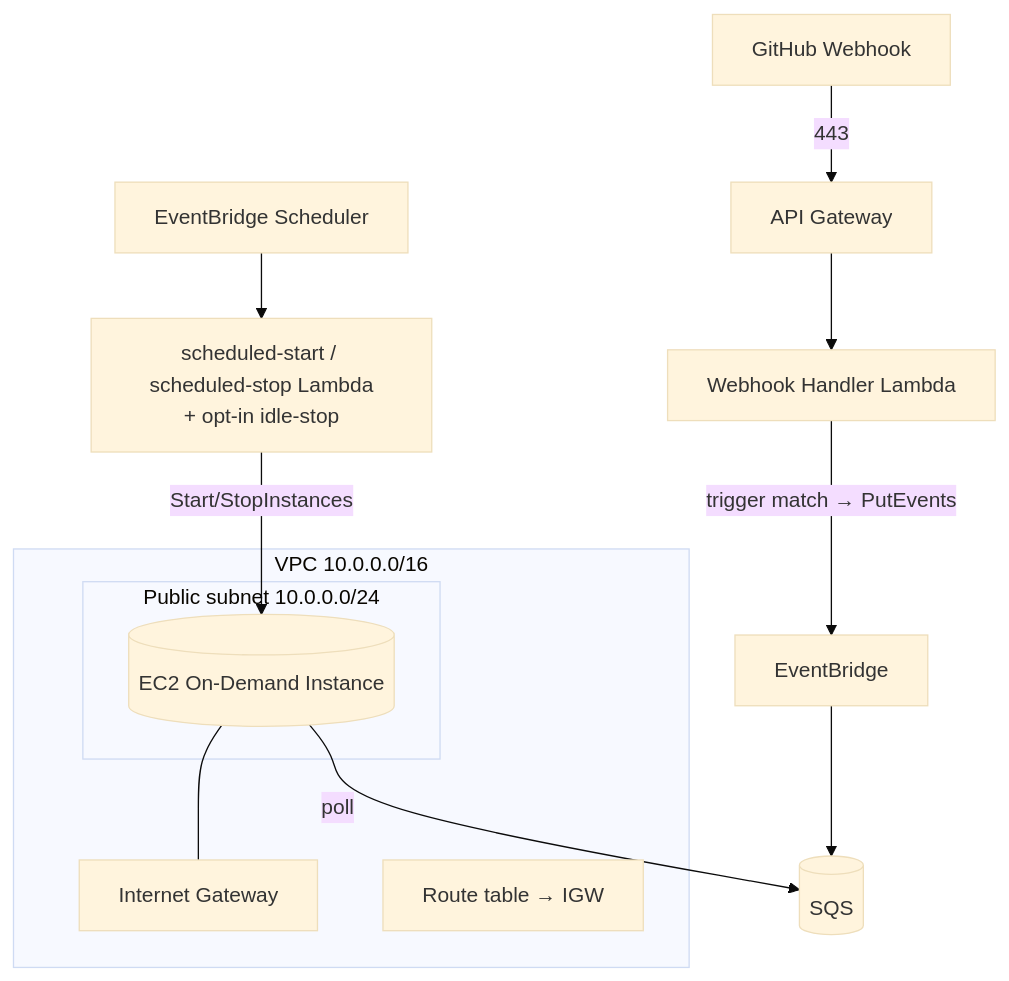
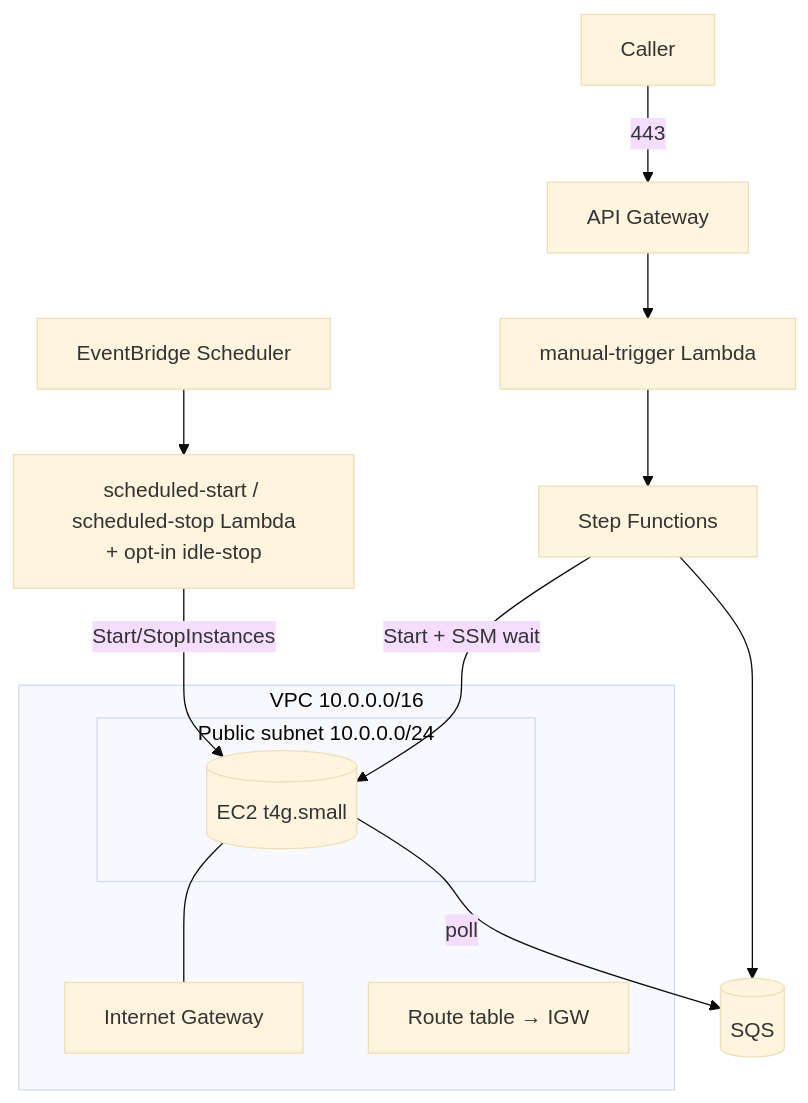
One commit to teddynted/ai-github-repository-blog-generator changed the diagram in docs/infrastructure.md. Above: the diagram before and after it, drawn with Mermaid (base theme). The commit also changed other lines of this file and 2 other files, not shown here.

````diff
--- a/docs/infrastructure.md
+++ b/docs/infrastructure.md
@@ -32,18 +34,19 @@
 ```mermaid
 flowchart TB
-    GH[GitHub Webhook] -->|443| APIGW[API Gateway]
-    APIGW --> LH[Webhook Handler Lambda]
-    LH -->|trigger match → PutEvents| EB[EventBridge]
-    EB --> SQS[(SQS)]
+    CAL[Caller] -->|443| APIGW[API Gateway]
+    APIGW --> LT[manual-trigger Lambda]
+    LT --> SFN[Step Functions]
+    SFN --> SQS[(SQS)]
     SCH[EventBridge Scheduler] --> PWR[scheduled-start / scheduled-stop Lambda<br/>+ opt-in idle-stop]
     subgraph VPC["VPC 10.0.0.0/16"]
         IGW[Internet Gateway]
         subgraph PUB["Public subnet 10.0.0.0/24"]
-            EC2[(EC2 On-Demand Instance)]
+            EC2[(EC2 t4g.small)]
         end
         RT[Route table → IGW]
     end
+    SFN -->|Start + SSM wait| EC2
     PWR -->|Start/StopInstances| EC2
     EC2 --- IGW
     EC2 -->|poll| SQS
 ```
````
